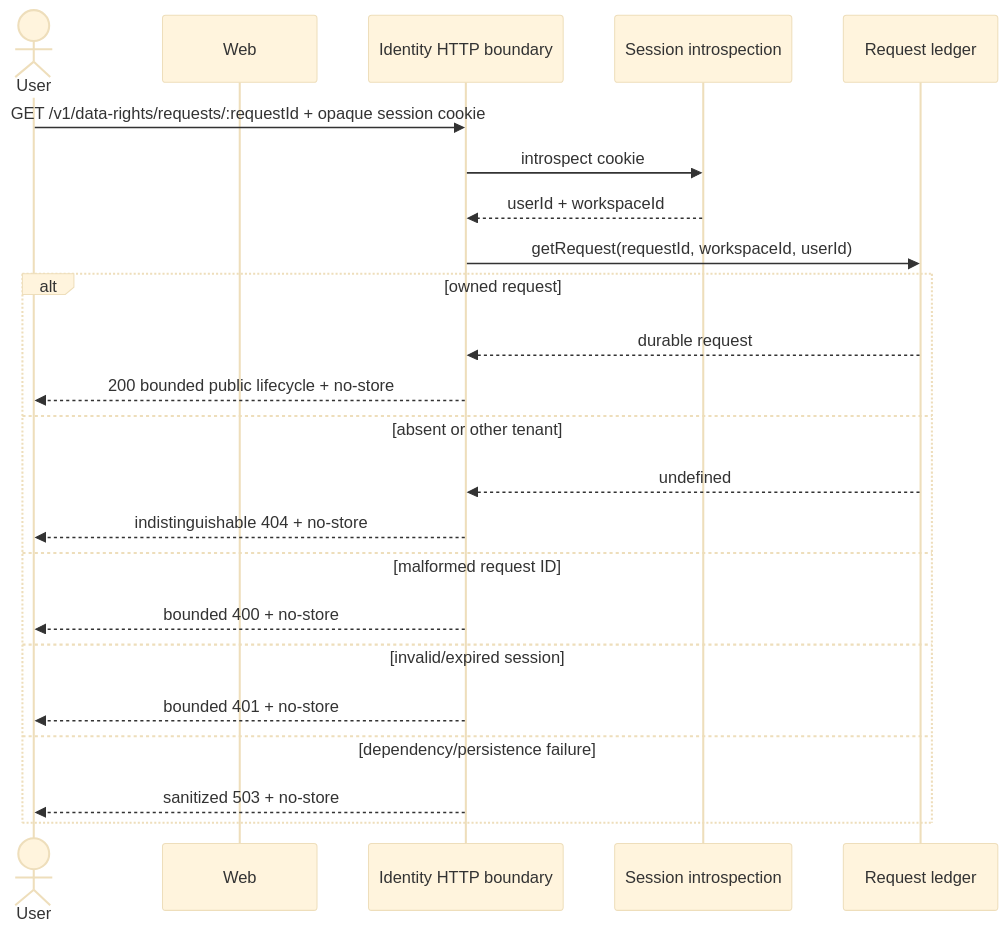
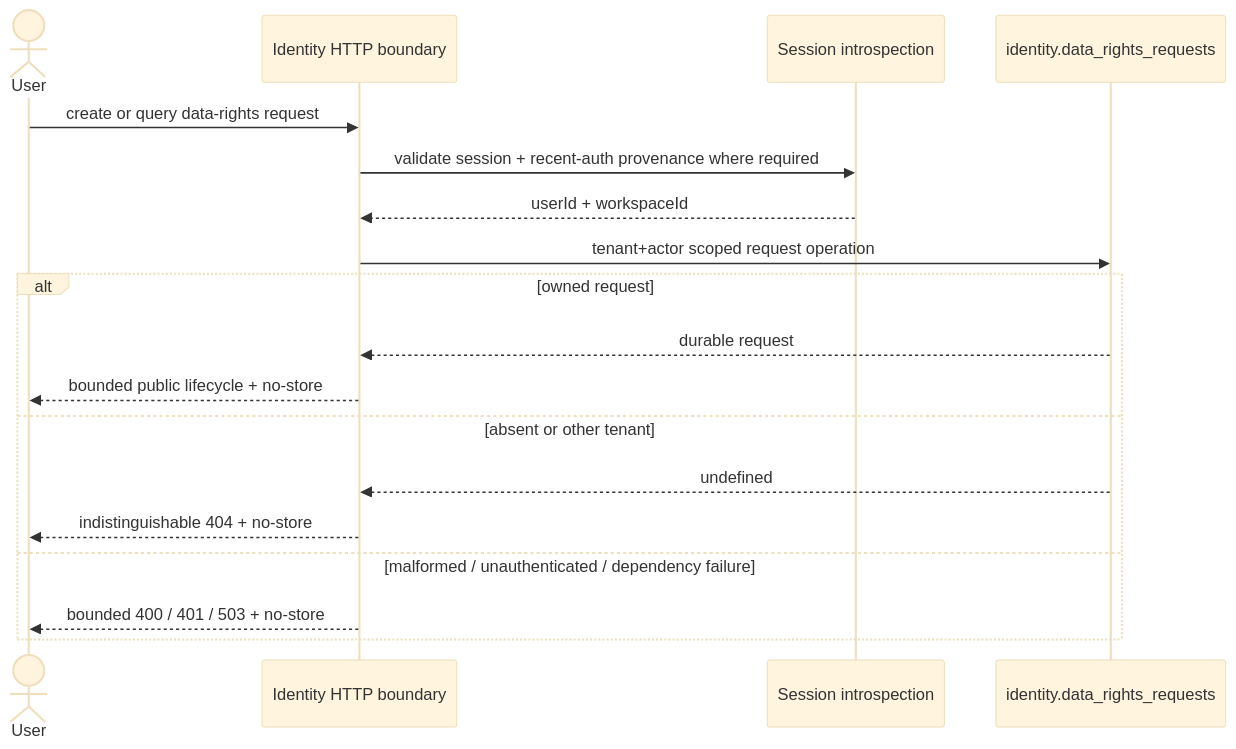
Before and after one commit to ContextualWisdomLab/life-os: the eighth of 14 diagrams in docs/UML.md, drawn with Mermaid (base theme). The commit also changed other lines of this file, not shown here.

Commit message:
docs(uml): reconcile current rights, calendar, and plugin flows

````diff
--- a/docs/UML.md
+++ b/docs/UML.md
@@ -166,26 +169,21 @@
 ```mermaid
 sequenceDiagram
     actor User
-    participant Web
     participant Identity as Identity HTTP boundary
     participant Session as Session introspection
-    participant Ledger as Request ledger
+    participant Ledger as identity.data_rights_requests
 
-    User->>Identity: GET /v1/data-rights/requests/:requestId + opaque session cookie
-    Identity->>Session: introspect cookie
+    User->>Identity: create or query data-rights request
+    Identity->>Session: validate session + recent-auth provenance where required
     Session-->>Identity: userId + workspaceId
-    Identity->>Ledger: getRequest(requestId, workspaceId, userId)
+    Identity->>Ledger: tenant+actor scoped request operation
     alt owned request
         Ledger-->>Identity: durable request
-        Identity-->>User: 200 bounded public lifecycle + no-store
+        Identity-->>User: bounded public lifecycle + no-store
     else absent or other tenant
         Ledger-->>Identity: undefined
         Identity-->>User: indistinguishable 404 + no-store
-    else malformed request ID
-        Identity-->>User: bounded 400 + no-store
-    else invalid/expired session
-        Identity-->>User: bounded 401 + no-store
-    else dependency/persistence failure
-        Identity-->>User: sanitized 503 + no-store
+    else malformed / unauthenticated / dependency failure
+        Identity-->>User: bounded 400 / 401 / 503 + no-store
     end
 ```
````
